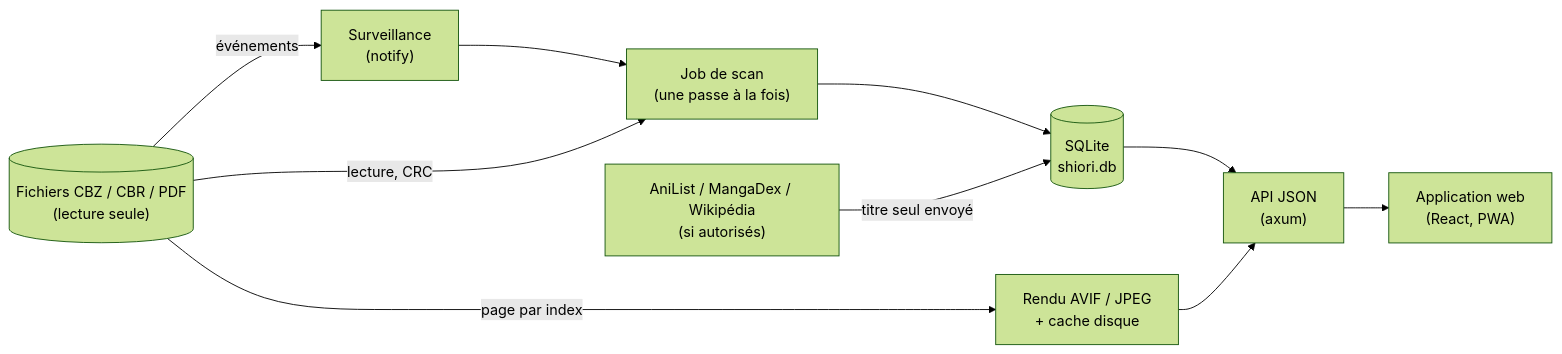
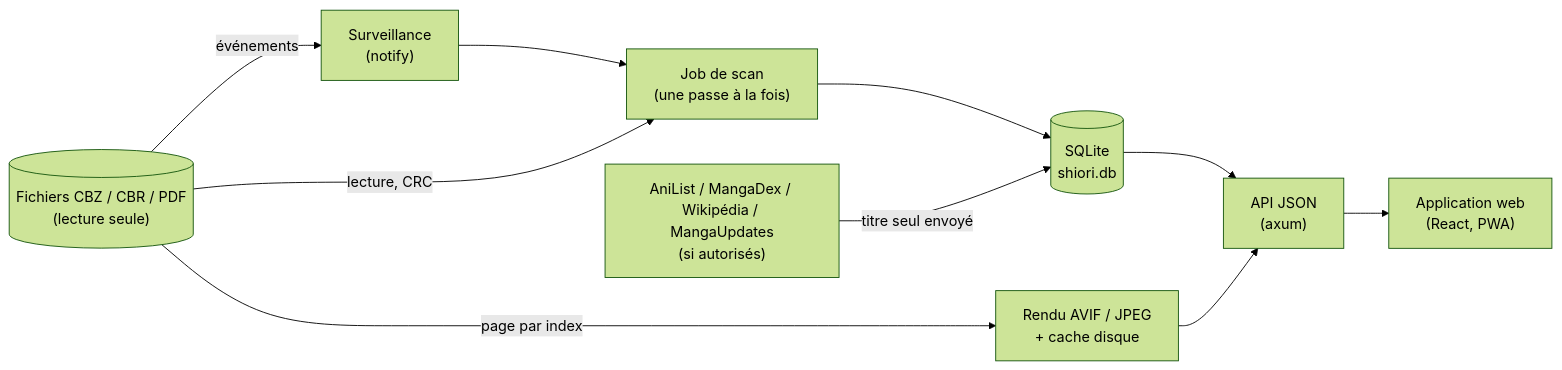
The diagram in docs/technical/index.md (befa160/shiori), drawn with Mermaid (forest theme) before and after one commit. The commit also changed other lines of this file and 35 other files, not shown here.

````diff
--- a/docs/technical/index.md
+++ b/docs/technical/index.md
@@ -23,16 +23,16 @@
 ```mermaid
 flowchart LR
   F[("Fichiers CBZ / CBR / PDF<br/>(lecture seule)")]
   W["Surveillance<br/>(notify)"]
   J["Job de scan<br/>(une passe à la fois)"]
   DB[("SQLite<br/>shiori.db")]
   API["API JSON<br/>(axum)"]
   R["Rendu AVIF / JPEG<br/>+ cache disque"]
-  M["AniList / MangaDex / Wikipédia<br/>(si autorisés)"]
+  M["AniList / MangaDex / Wikipédia / MangaUpdates<br/>(si autorisés)"]
   UI["Application web<br/>(React, PWA)"]
   F -- événements --> W --> J
   F -- lecture, CRC --> J --> DB
   DB --> API --> UI
   F -- page par index --> R --> API
   M -- titre seul envoyé --> DB
 ```
````
